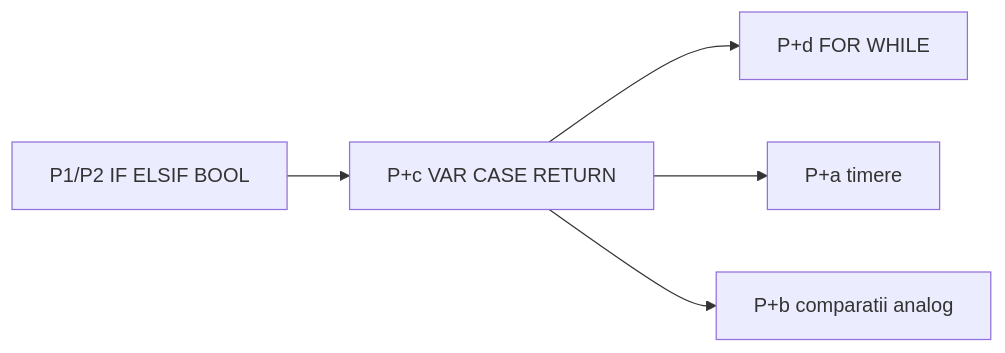
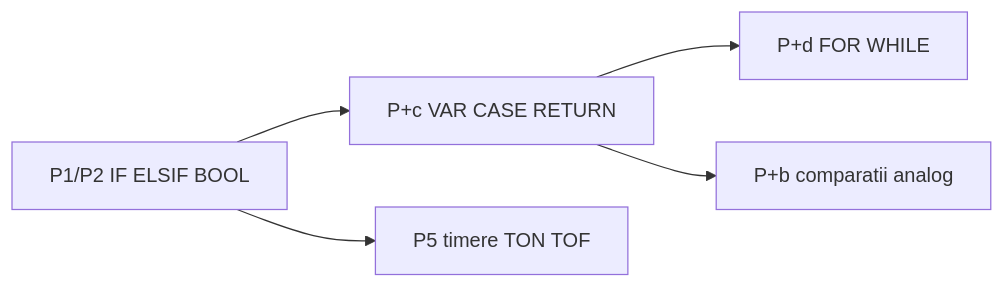
The second of 4 diagrams in library/logTscript/.cursor/plans/comp_plc.plan.md (epsislow/logic-algebra-js), drawn with Mermaid before and after one commit. The commit also changed other lines of this file and 1 other file, not shown here.

Commit message:
comp_plc.plan for P+a (P5) TON/TOF

````diff
--- a/library/logTscript/.cursor/plans/comp_plc.plan.md
+++ b/library/logTscript/.cursor/plans/comp_plc.plan.md
@@ -317,11 +336,11 @@
 ```mermaid
 flowchart LR
   P12[P1/P2 IF ELSIF BOOL]
   Pc[P+c VAR CASE RETURN]
   Pd[P+d FOR WHILE]
-  Pa[P+a timere]
+  P5[P5 timere TON TOF]
   Pb[P+b comparatii analog]
   P12 --> Pc --> Pd
-  Pc --> Pa
+  P12 --> P5
   Pc --> Pb
 ```
````
